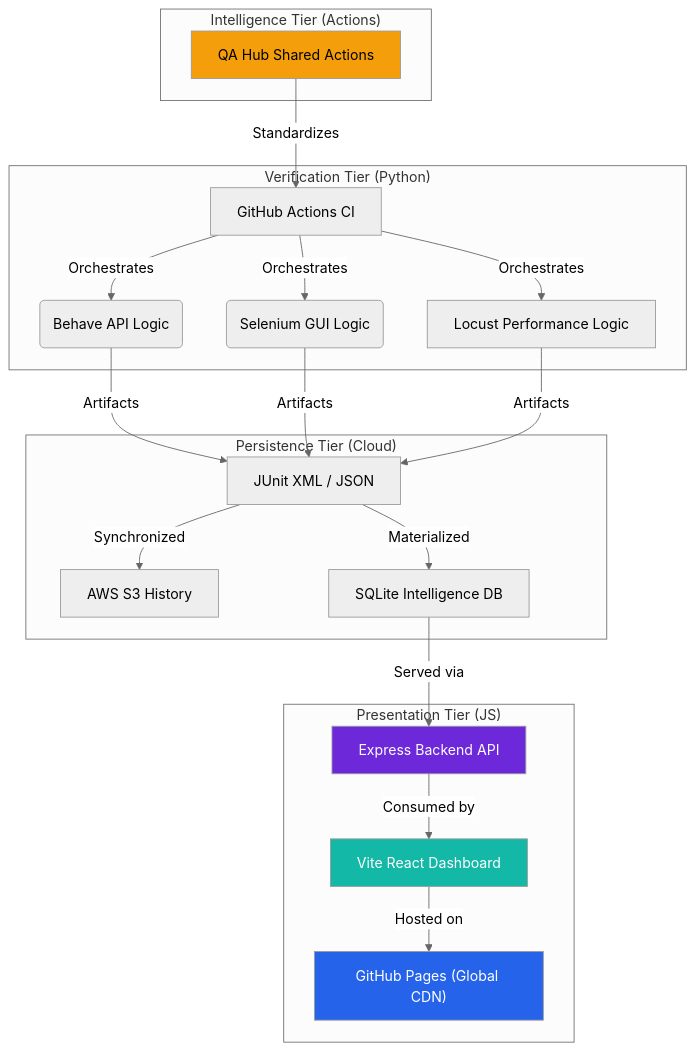
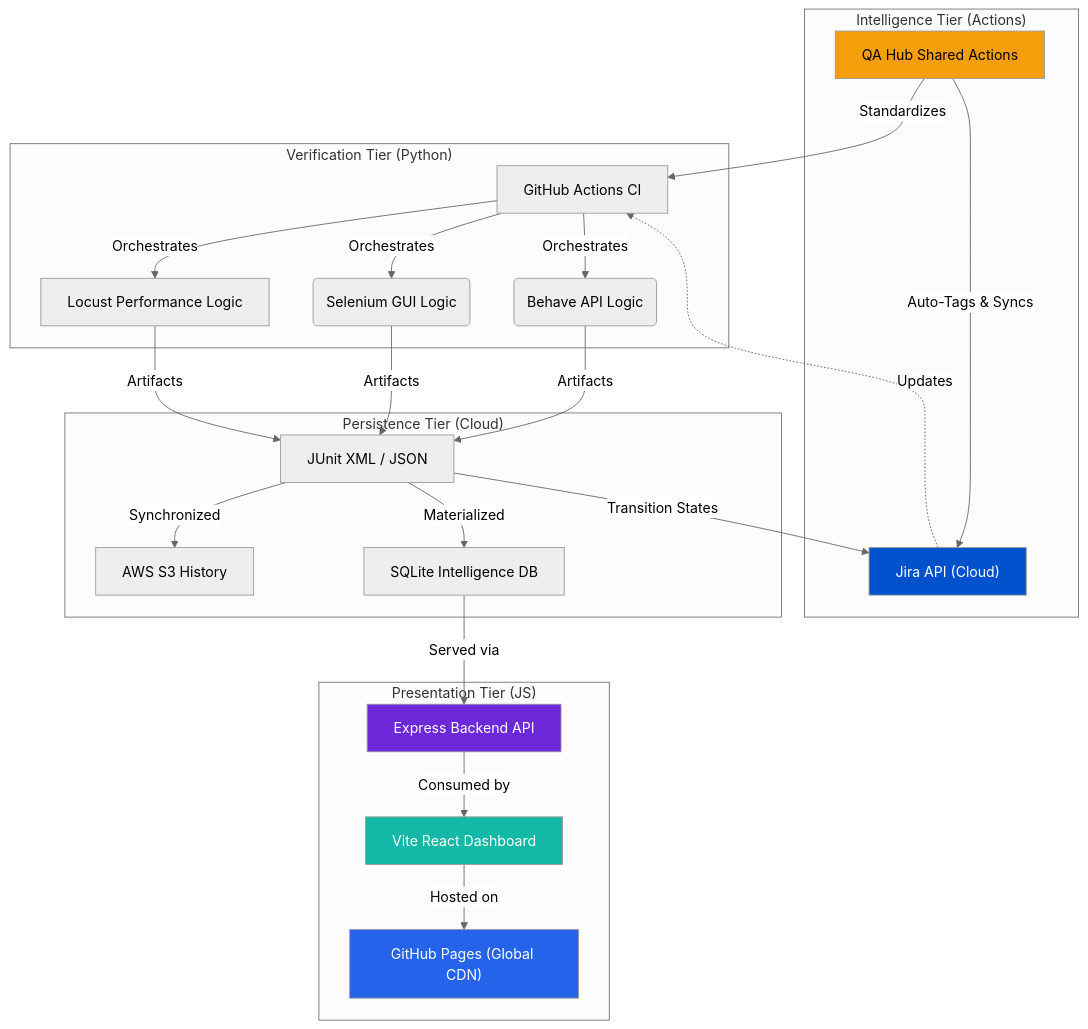
One commit to carlos-camara/dashboard changed the diagram in README.md. Above: the diagram before and after it, drawn with Mermaid (neutral theme). The commit also changed other lines of this file and 2 other files, not shown here.

Commit message:
docs(readme): add detailed documentation for the new Jira intelligence integration

````diff
--- a/README.md
+++ b/README.md
@@ -103,29 +110,33 @@
 ```mermaid
 graph TD
     subgraph "Verification Tier (Python)"
         A["GitHub Actions CI"] -->|Orchestrates| B("Behave API Logic")
         A -->|Orchestrates| C("Selenium GUI Logic")
         A -->|Orchestrates| L["Locust Performance Logic"]
     end
 
     subgraph "Intelligence Tier (Actions)"
         D["QA Hub Shared Actions"] -->|Standardizes| A
+        D -->|Auto-Tags & Syncs| J["Jira API (Cloud)"]
+        J -.->|Updates| A
     end
 
     subgraph "Persistence Tier (Cloud)"
         B & C & L -->|Artifacts| E["JUnit XML / JSON"]
         E -->|Synchronized| S3["AWS S3 History"]
         E -->|Materialized| DB["SQLite Intelligence DB"]
+        E -->|Transition States| J
     end
 
     subgraph "Presentation Tier (JS)"
         DB -->|Served via| G["Express Backend API"]
         G -->|Consumed by| H["Vite React Dashboard"]
         H -->|Hosted on| P["GitHub Pages (Global CDN)"]
     end
     
     style G fill:#6d28d9,color:#fff
     style P fill:#2563eb,color:#fff
     style D fill:#f59e0b,color:#000
     style H fill:#14b8a6,color:#fff
+    style J fill:#0052CC,color:#fff
 ```
````
